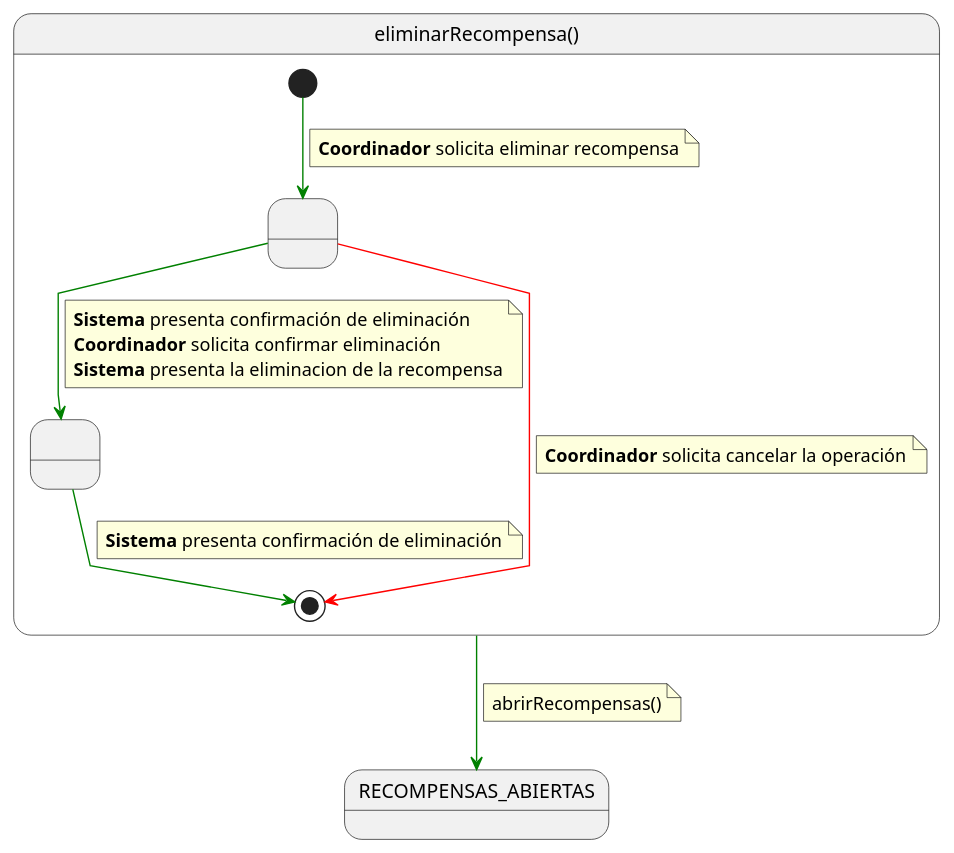
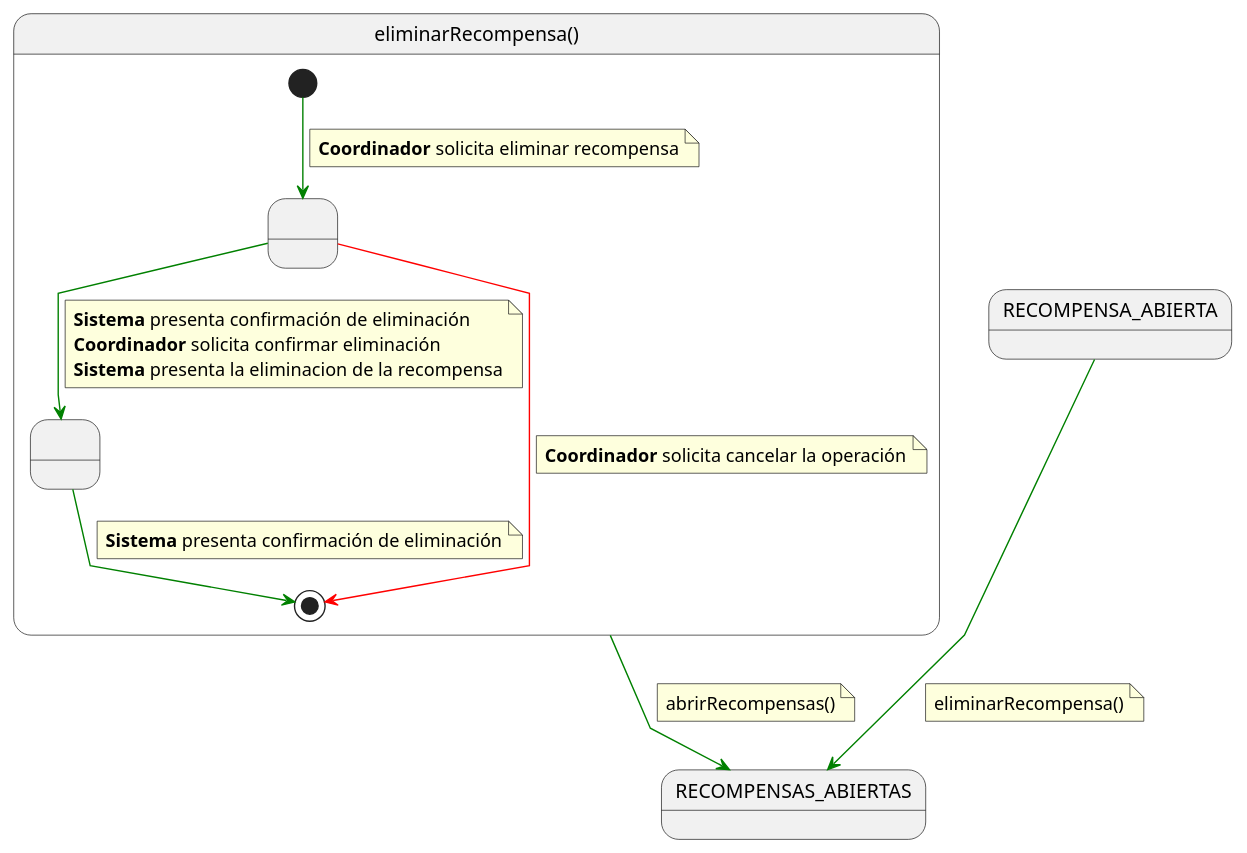
One commit to 31Diego/25-26-IdSw1-SdR changed the diagram in documentación/CasosDeUso/Detalle/Coordinador/09-recompensas/eliminarRecompensa.puml. Above: the diagram before and after it, drawn with PlantUML. The commit also changed 95 other files, not shown here.

```diff
--- a/documentación/CasosDeUso/Detalle/Coordinador/09-recompensas/eliminarRecompensa.puml
+++ b/documentación/CasosDeUso/Detalle/Coordinador/09-recompensas/eliminarRecompensa.puml
@@ -1,38 +1,44 @@
 @startuml eliminarRecompensa
 
 skinparam linetype polyline
 
 state eliminarRecompensa as "eliminarRecompensa()" {
 
     state " " as ConfirmandoEliminacion
     state " " as RecompensaEliminada
 
     [*] -[#green]-> ConfirmandoEliminacion
     note on link
     <b>Coordinador</b> solicita eliminar recompensa
     end note
 
     ConfirmandoEliminacion -[#green]-> RecompensaEliminada
     note on link
     <b>Sistema</b> presenta confirmación de eliminación
     <b>Coordinador</b> solicita confirmar eliminación
     <b>Sistema</b> presenta la eliminacion de la recompensa
     end note
 
     ConfirmandoEliminacion -[#red]-> [*]
     note on link
     <b>Coordinador</b> solicita cancelar la operación
     end note
 
     RecompensaEliminada -[#green]-> [*]
     note on link
     <b>Sistema</b> presenta confirmación de eliminación
     end note
 }
 
+
+RECOMPENSA_ABIERTA -[#green]-> RECOMPENSAS_ABIERTAS
+note on link
+eliminarRecompensa()
+end note
+
 eliminarRecompensa -[#green]-> RECOMPENSAS_ABIERTAS
 note on link
 abrirRecompensas()
 end note
 
 @enduml
```
